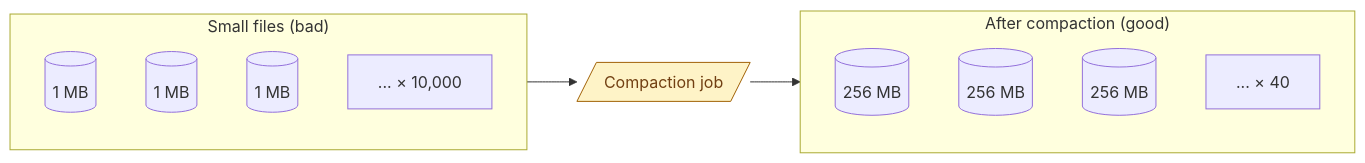
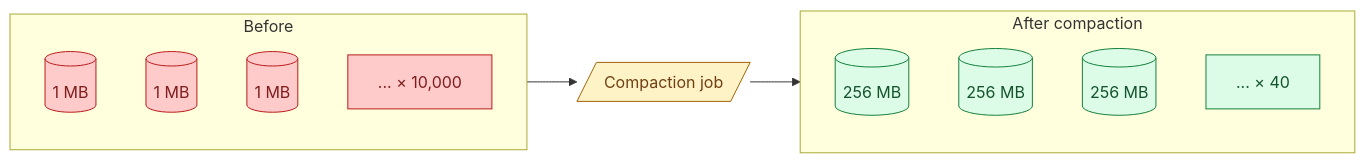
One commit to shiningflash/shiningflash.github.io changed the second of 2 diagrams in _de_concepts/023-small-files-problem.md. Above: the diagram before and after it, drawn with Mermaid. The commit also changed other lines of this file and 69 other files, not shown here.

````diff
--- a/_de_concepts/023-small-files-problem.md
+++ b/_de_concepts/023-small-files-problem.md
@@ -12,18 +105,21 @@
 ```mermaid
 flowchart LR
-    subgraph S["Small files (bad)"]
-        F1[("1 MB")]
-        F2[("1 MB")]
-        F3[("1 MB")]
-        Fdots["... × 10,000"]
+    subgraph S["Before"]
+        F1[("1 MB")]:::r
+        F2[("1 MB")]:::r
+        F3[("1 MB")]:::r
+        Fdots["... × 10,000"]:::r
     end
-    subgraph M["After compaction (good)"]
-        G1[("256 MB")]
-        G2[("256 MB")]
-        G3[("256 MB")]
-        Gdots["... × 40"]
+    subgraph M["After compaction"]
+        G1[("256 MB")]:::g
+        G2[("256 MB")]:::g
+        G3[("256 MB")]:::g
+        Gdots["... × 40"]:::g
     end
-    S --> C[/"Compaction job"/]:::c --> M
+    S --> C[/"Compaction job"/]:::y
+    C --> M
 
-    classDef c fill:#fef3c7,stroke:#a16207,color:#713f12
+    classDef r fill:#fecaca,stroke:#b91c1c,color:#7f1d1d
+    classDef g fill:#dcfce7,stroke:#15803d,color:#14532d
+    classDef y fill:#fef3c7,stroke:#a16207,color:#713f12
 ```
````
